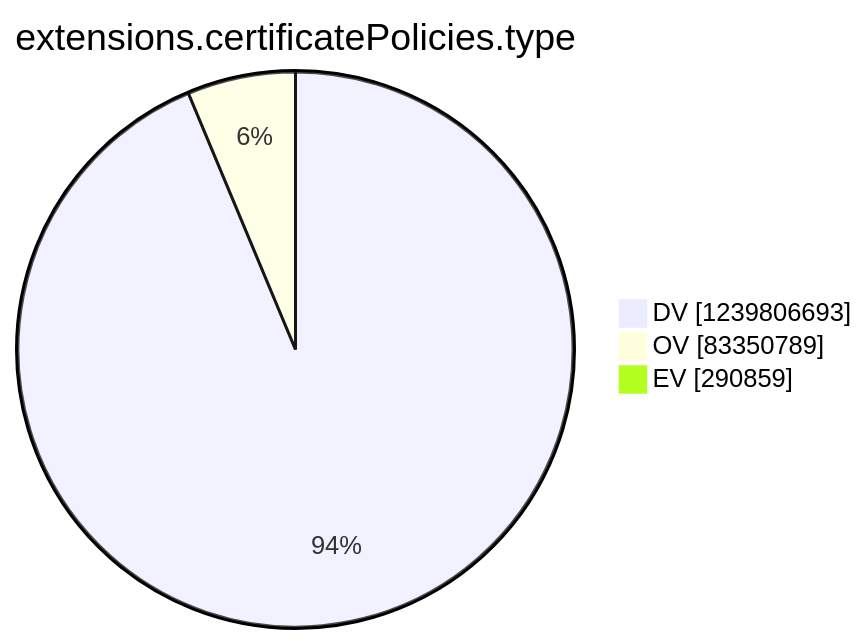
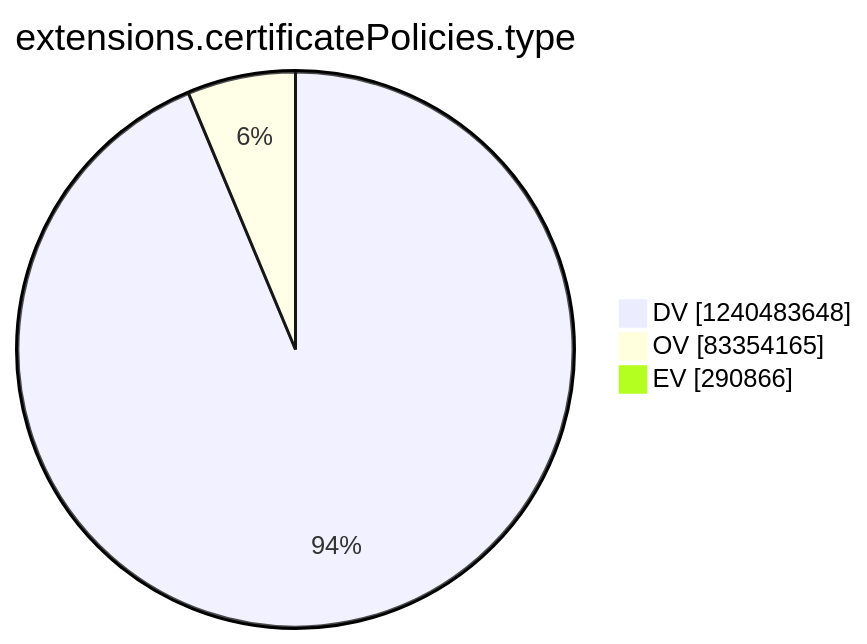
One commit to christiankrug/ctmonitor_visualization changed the tenth of 15 diagrams in argon2022/README.md. Above: the diagram before and after it, drawn with Mermaid. The commit also changed other lines of this file, not shown here.

````diff
--- a/argon2022/README.md
+++ b/argon2022/README.md
@@ -2771,7 +2771,7 @@
 ```mermaid
 pie showData
 title extensions.certificatePolicies.type
-"DV" :1239806693
-"OV" :83350789
-"EV" :290859
+"DV" :1240483648
+"OV" :83354165
+"EV" :290866
 ```
````
